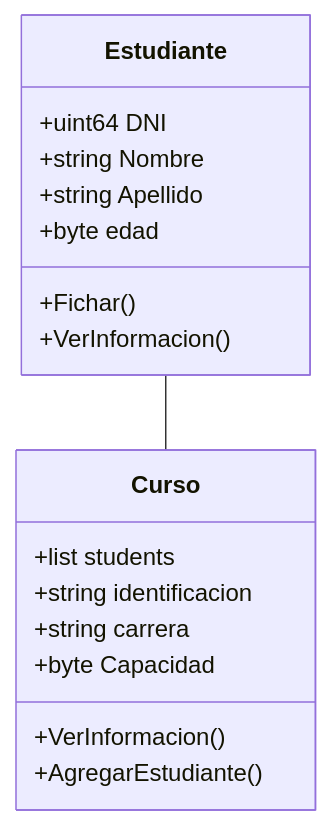
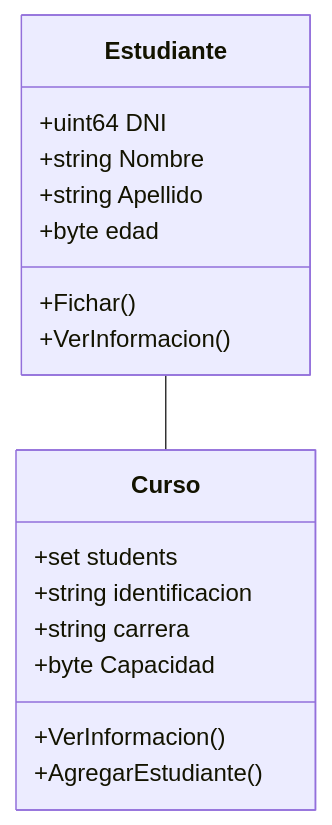
The diagram in Src/main/POO/UML_Estudiante.md (FragaUB/Programacion1), drawn with Mermaid before and after one commit. The commit also changed 3 other files, not shown here.

````diff
--- a/Src/main/POO/UML_Estudiante.md
+++ b/Src/main/POO/UML_Estudiante.md
@@ -1,21 +1,21 @@
 ```mermaid
 classDiagram
     class Estudiante {
         +uint64 DNI
         +string Nombre
         +string Apellido
         +byte edad
         +Fichar()
         +VerInformacion()
     }
 
     class Curso {
-        +list students
+        +set students
         +string identificacion
         +string carrera
         +byte Capacidad
         +VerInformacion()
         +AgregarEstudiante()
     }
     Estudiante -- Curso
 ```
````
